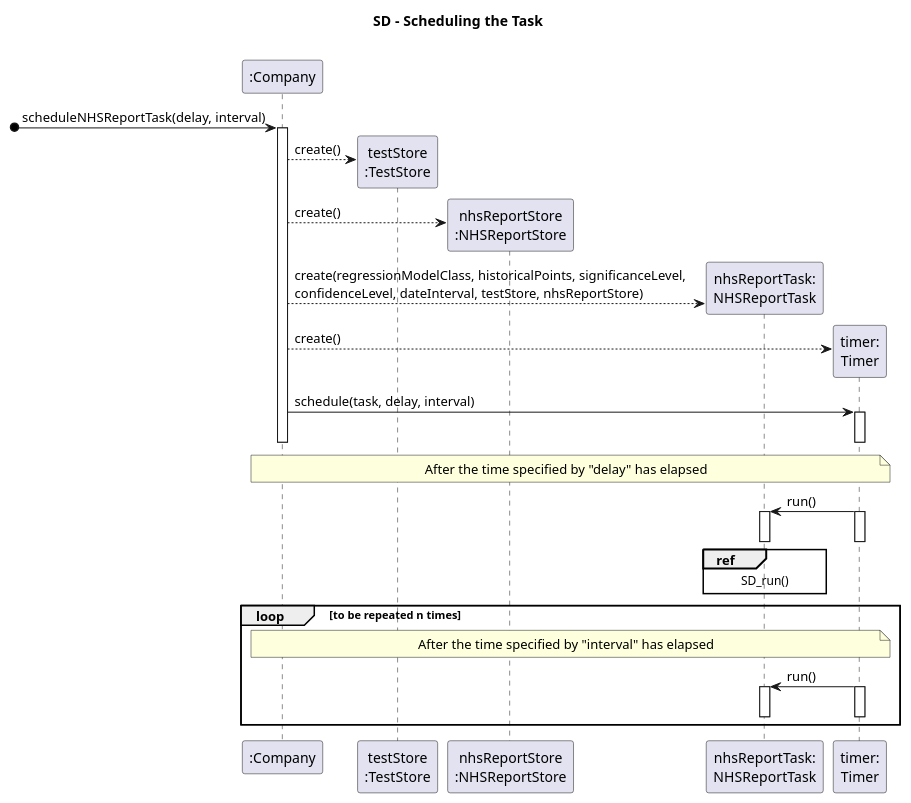
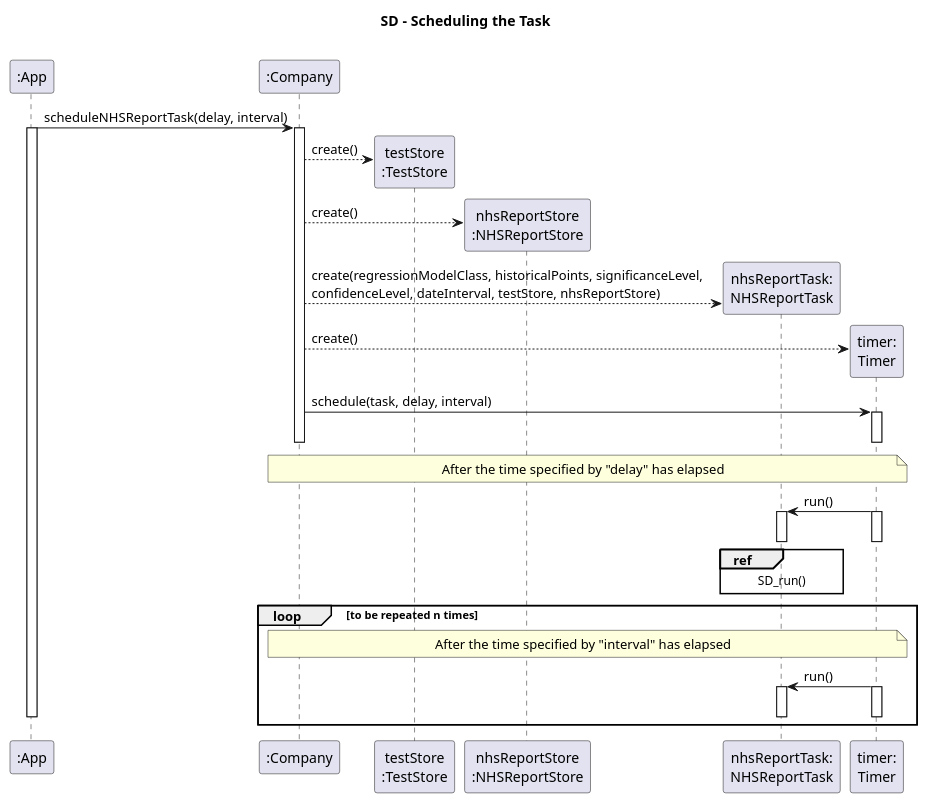
Before and after one commit to ana-albergaria/LAPR2-ISEP: the diagram in docs/SprintD/US_19/US19_SD_SchedulingTheTask1.puml, drawn with PlantUML. The commit also changed 14 other files, not shown here.

Commit message:
Creating Styles.css for US18 + US19 Updating Class Diagram

```diff
--- a/docs/SprintD/US_19/US19_SD_SchedulingTheTask1.puml
+++ b/docs/SprintD/US_19/US19_SD_SchedulingTheTask1.puml
@@ -1,47 +1,50 @@
 @startuml
 
 title SD - Scheduling the Task
 
+participant ":App" as APP
 participant ":Company" as COMPANY
 participant "testStore\n:TestStore" as TEST_STORE
 participant "nhsReportStore\n:NHSReportStore" as NHS_REPORT_STORE
 participant "nhsReportTask:\nNHSReportTask" as TASK
 participant "timer:\nTimer" as TIMER
 
-
-[o-> COMPANY : scheduleNHSReportTask(delay, interval)
+/'[o-> COMPANY : scheduleNHSReportTask(delay, interval)'/
+APP -> COMPANY : scheduleNHSReportTask(delay, interval)
+activate APP
 activate COMPANY
 COMPANY --> TEST_STORE** : create()
 COMPANY --> NHS_REPORT_STORE** : create()
 COMPANY --> TASK** : create(regressionModelClass, historicalPoints, significanceLevel, \nconfidenceLevel, dateInterval, testStore, nhsReportStore)
 COMPANY --> TIMER** : create()
 COMPANY -> TIMER : schedule(task, delay, interval)
 activate TIMER
 deactivate TIMER
 deactivate COMPANY
 note over COMPANY, TIMER
 After the time specified by "delay" has elapsed
 end note
 TIMER -> TASK : run()
 activate TIMER
 deactivate TIMER
 activate TASK
 'CORRIGIR ESTÉTICA!!!
 ref over TASK
 SD_run()
 end
 deactivate TASK
 'CONFIRMAR LOOP SE ESTÁ NO SÍTIO CERTO!!!!!
 loop to be repeated n times
 note over COMPANY, TIMER
 After the time specified by "interval" has elapsed
 end note
 TIMER -> TASK : run()
 activate TIMER
 deactivate TIMER
 activate TASK
 deactivate TASK
+deactivate APP
 end
 
 
 @enduml
```
